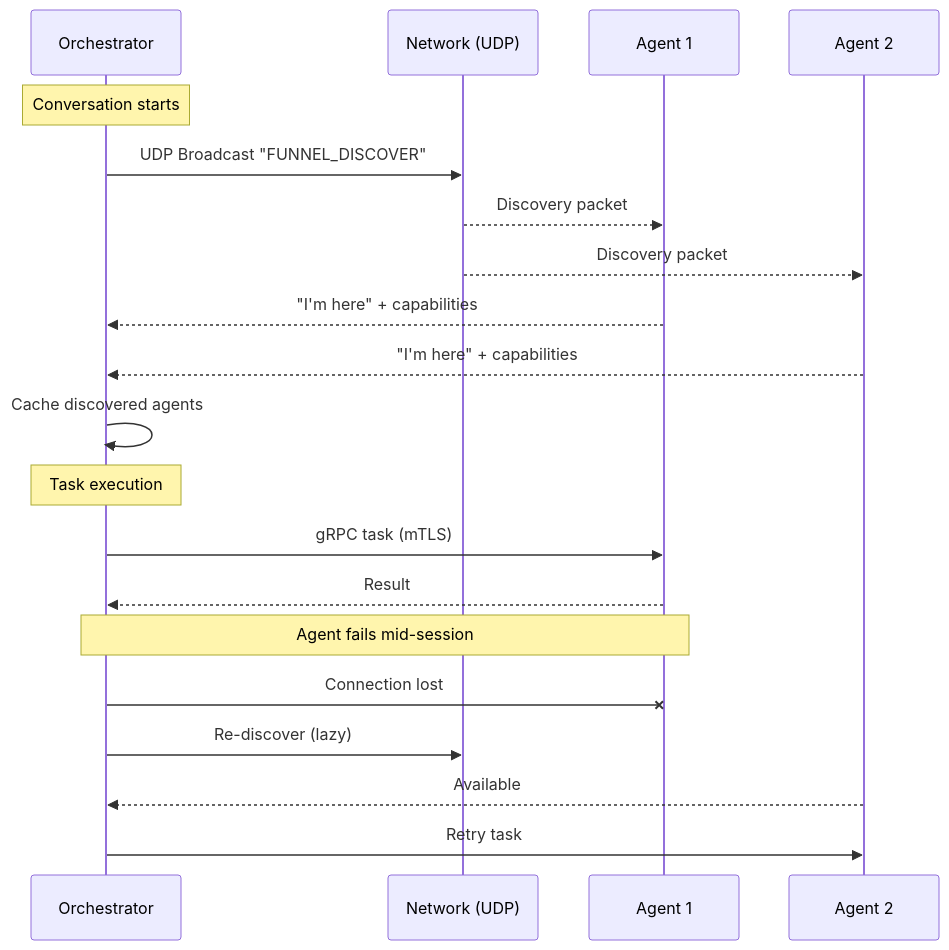
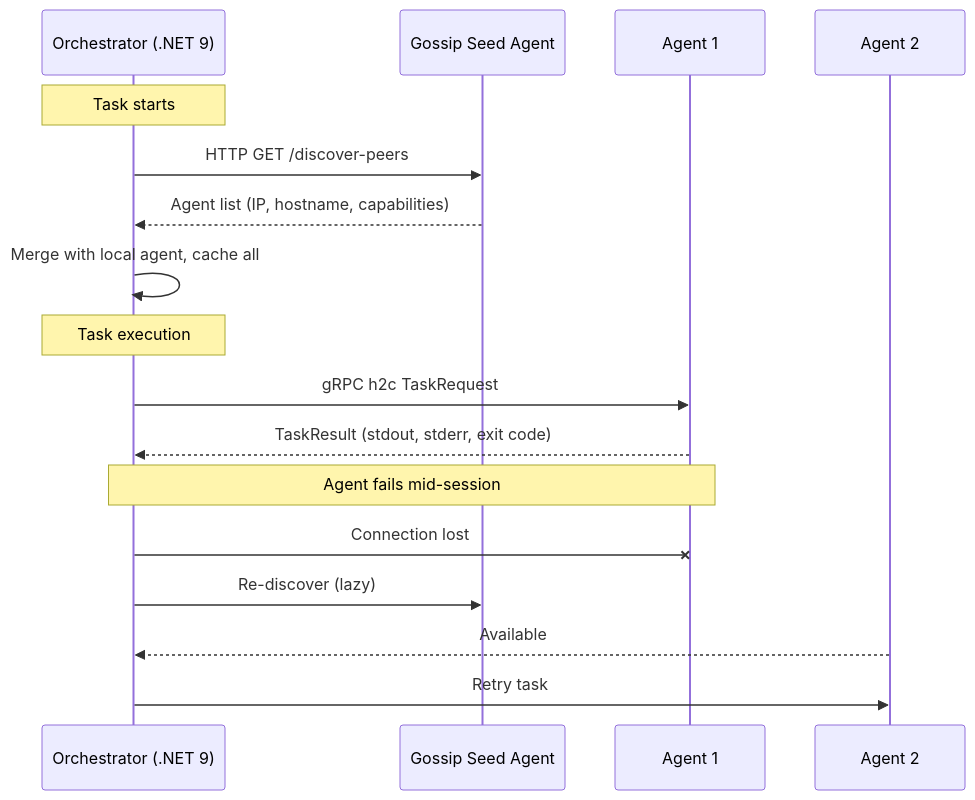
One commit to ianwesterfield/aj.westerfield.cloud changed the fourth of 4 diagrams in README.md. Above: the diagram before and after it, drawn with Mermaid. The commit also changed other lines of this file and 125 other files, not shown here.

````diff
--- a/README.md
+++ b/README.md
@@ -180,25 +174,22 @@
 ```mermaid
 sequenceDiagram
-    participant O as Orchestrator
-    participant N as Network (UDP)
+    participant O as Orchestrator (.NET 9)
+    participant S as Gossip Seed Agent
     participant A1 as Agent 1
     participant A2 as Agent 2
 
-    Note over O: Conversation starts
-    O->>N: UDP Broadcast "FUNNEL_DISCOVER"
-    N-->>A1: Discovery packet
-    N-->>A2: Discovery packet
-    A1-->>O: "I'm here" + capabilities
-    A2-->>O: "I'm here" + capabilities
-    O->>O: Cache discovered agents
+    Note over O: Task starts
+    O->>S: HTTP GET /discover-peers
+    S-->>O: Agent list (IP, hostname, capabilities)
+    O->>O: Merge with local agent, cache all
 
     Note over O: Task execution
-    O->>A1: gRPC task (mTLS)
-    A1-->>O: Result
+    O->>A1: gRPC h2c TaskRequest
+    A1-->>O: TaskResult (stdout, stderr, exit code)
 
     Note over O,A1: Agent fails mid-session
     O-xA1: Connection lost
-    O->>N: Re-discover (lazy)
+    O->>S: Re-discover (lazy)
     A2-->>O: Available
     O->>A2: Retry task
 ```
````
